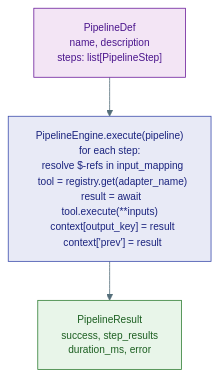
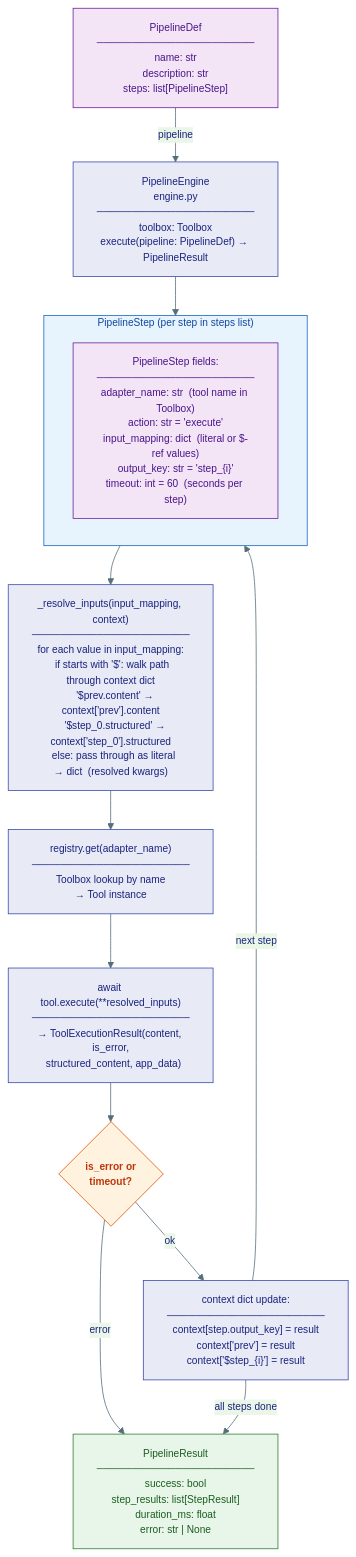
The second of 3 diagrams in agents/agent-substrate/docs/capabilities/06-storage-and-pipeline.md (Ravikumarchavva/agent-substrate), drawn with Mermaid before and after one commit. The commit also changed other lines of this file and 10 other files, not shown here.

First line of the commit message:
Refactor documentation diagrams and enhance Mermaid integration

````diff
--- a/agents/agent-substrate/docs/capabilities/06-storage-and-pipeline.md
+++ b/agents/agent-substrate/docs/capabilities/06-storage-and-pipeline.md
@@ -116,13 +128,40 @@
 ```mermaid
 %%{init: {'theme': 'base', 'themeVariables': {'primaryColor': '#E8EAF6','primaryTextColor': '#1A237E','primaryBorderColor': '#3949AB','lineColor': '#546E7A','fontSize': '13px'}}}%%
 flowchart TD
     classDef data fill:#F3E5F5,stroke:#6A1B9A,color:#4A148C
     classDef proc fill:#E8EAF6,stroke:#3949AB,color:#1A237E
     classDef out  fill:#E8F5E9,stroke:#2E7D32,color:#1B5E20
+    classDef dec  fill:#FFF3E0,stroke:#E65100,color:#BF360C,font-weight:bold
 
-    DEF["PipelineDef\nname, description\nsteps: list[PipelineStep]"]:::data
-    ENG["PipelineEngine.execute(pipeline)\nfor each step:\n  resolve $-refs in input_mapping\n  tool = registry.get(adapter_name)\n  result = await tool.execute(**inputs)\n  context[output_key] = result\n  context['prev'] = result"]:::proc
-    RES["PipelineResult\nsuccess, step_results\nduration_ms, error"]:::out
+    DEF["PipelineDef<br/>──────────────────────<br/>name: str<br/>description: str<br/>steps: list[PipelineStep]"]:::data
 
-    DEF --> ENG --> RES
+    subgraph STEP["PipelineStep (per step in steps list)"]
+        style STEP fill:#e8f4fd,stroke:#1565C0,color:#0D47A1
+        S1["PipelineStep fields:<br/>──────────────────────<br/>adapter_name: str  (tool name in Toolbox)<br/>action: str = 'execute'<br/>input_mapping: dict  (literal or $-ref values)<br/>output_key: str = 'step_{i}'<br/>timeout: int = 60  (seconds per step)"]:::data
+    end
+
+    RESOLVE["_resolve_inputs(input_mapping, context)<br/>──────────────────────<br/>for each value in input_mapping:<br/>  if starts with '$': walk path through context dict<br/>    '$prev.content' → context['prev'].content<br/>    '$step_0.structured' → context['step_0'].structured<br/>  else: pass through as literal<br/>→ dict  (resolved kwargs)"]:::proc
+
+    GET["registry.get(adapter_name)<br/>──────────────────────<br/>Toolbox lookup by name<br/>→ Tool instance"]:::proc
+
+    EXEC["await tool.execute(**resolved_inputs)<br/>──────────────────────<br/>→ ToolExecutionResult(content, is_error,<br/>  structured_content, app_data)"]:::proc
+
+    CTX["context dict update:<br/>──────────────────────<br/>context[step.output_key] = result<br/>context['prev'] = result<br/>context['$step_{i}'] = result"]:::proc
+
+    ERR{"is_error or<br/>timeout?"}:::dec
+
+    ENG["PipelineEngine<br/>engine.py<br/>──────────────────────<br/>toolbox: Toolbox<br/>execute(pipeline: PipelineDef) → PipelineResult"]:::proc
+
+    RES["PipelineResult<br/>──────────────────────<br/>success: bool<br/>step_results: list[StepResult]<br/>duration_ms: float<br/>error: str | None"]:::out
+
+    DEF -->|"pipeline"| ENG
+    ENG --> STEP
+    STEP --> RESOLVE
+    RESOLVE --> GET
+    GET --> EXEC
+    EXEC --> ERR
+    ERR -->|"error"| RES
+    ERR -->|"ok"| CTX
+    CTX -->|"next step"| STEP
+    CTX -->|"all steps done"| RES
 ```
````
